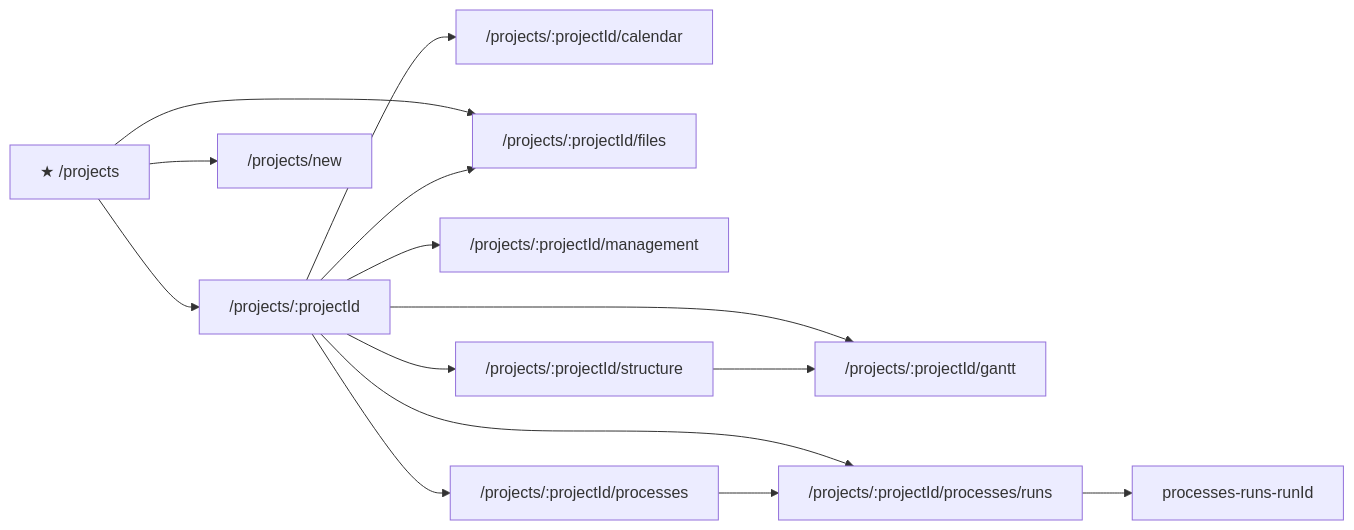
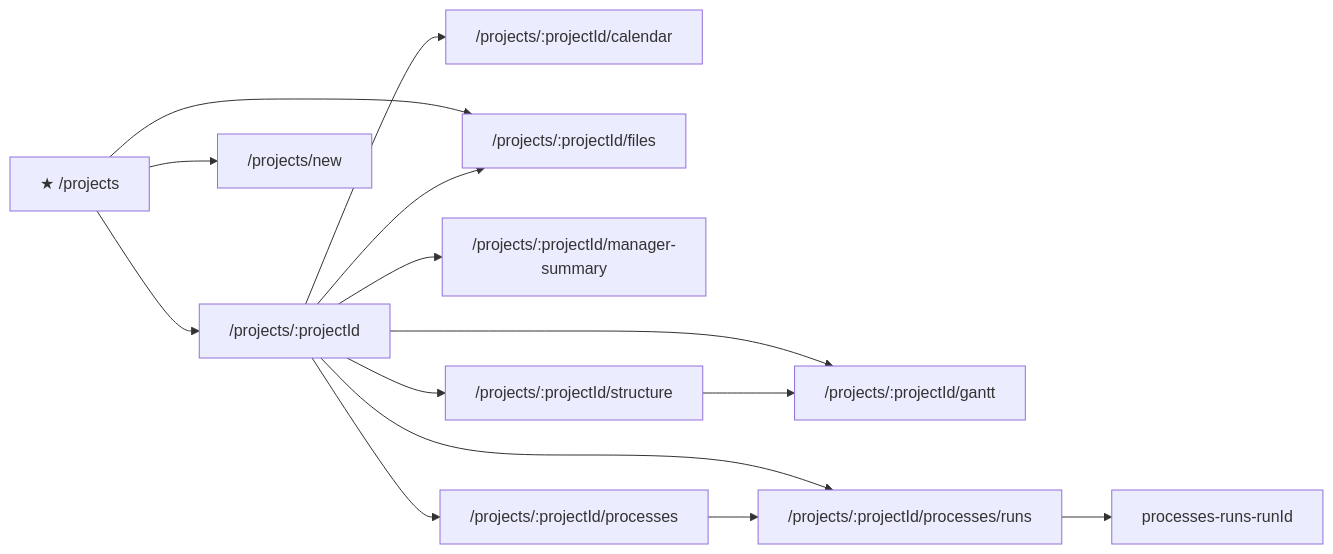
Before and after one commit to darosh/CanDoItAll.SPA: the eighth of 15 diagrams in packages/app/SITEMAP.md, drawn with Mermaid. The commit also changed other lines of this file and 9 other files, not shown here.

````diff
--- a/packages/app/SITEMAP.md
+++ b/packages/app/SITEMAP.md
@@ -275,26 +275,26 @@
 ```mermaid
 flowchart LR
   projects["★ /projects"]
   projects-projectId["/projects/:projectId"]
   projects-projectId-calendar["/projects/:projectId/calendar"]
   projects-projectId-files["/projects/:projectId/files"]
   projects-projectId-gantt["/projects/:projectId/gantt"]
-  projects-projectId-management["/projects/:projectId/management"]
+  projects-projectId-manager-summary["/projects/:projectId/manager-summary"]
   projects-projectId-processes["/projects/:projectId/processes"]
   projects-projectId-processes-runs["/projects/:projectId/processes/runs"]
   projects-projectId-structure["/projects/:projectId/structure"]
   projects-new["/projects/new"]
   projects --> projects-projectId
   projects --> projects-projectId-files
   projects --> projects-new
   projects-projectId --> projects-projectId-calendar
   projects-projectId --> projects-projectId-files
   projects-projectId --> projects-projectId-gantt
-  projects-projectId --> projects-projectId-management
+  projects-projectId --> projects-projectId-manager-summary
   projects-projectId --> projects-projectId-processes
   projects-projectId --> projects-projectId-processes-runs
   projects-projectId --> projects-projectId-structure
   projects-projectId-processes --> projects-projectId-processes-runs
   projects-projectId-processes-runs --> processes-runs-runId
   projects-projectId-structure --> projects-projectId-gantt
 ```
````
